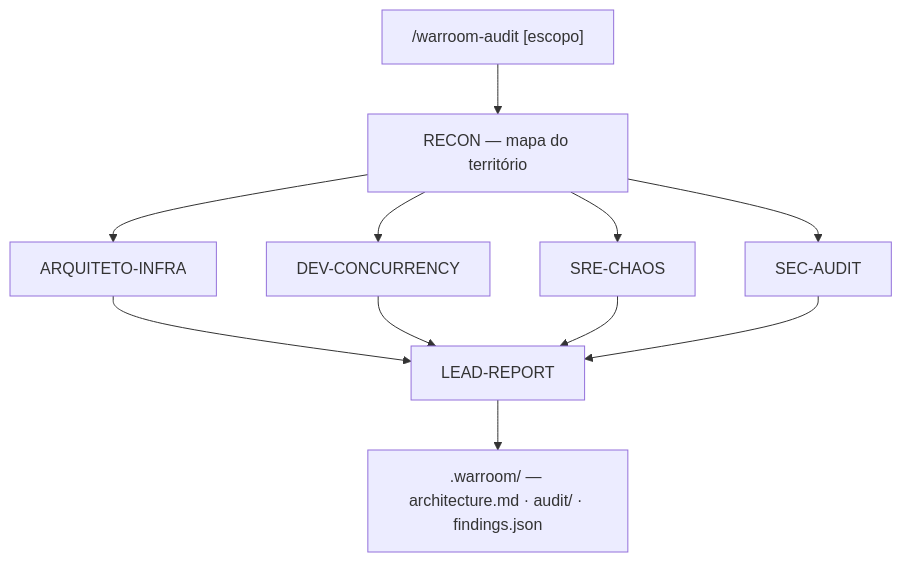
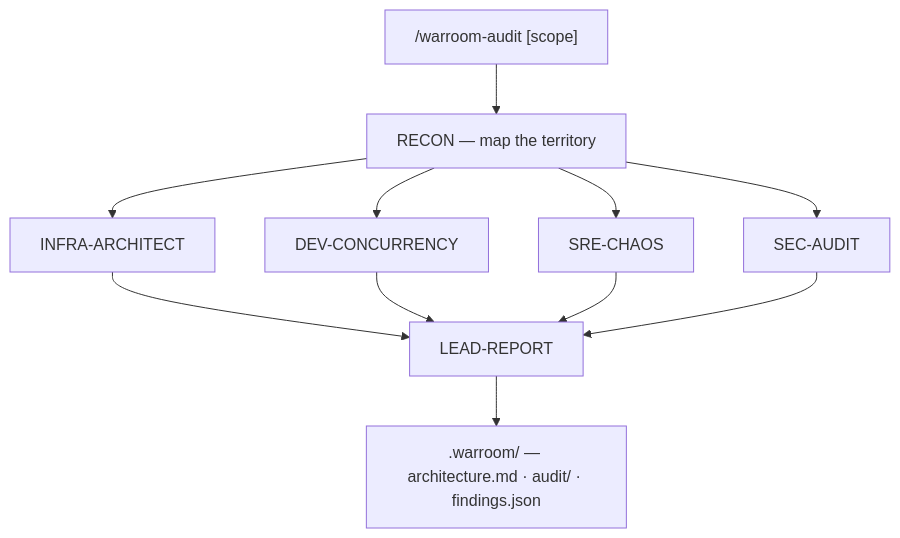
Before and after one commit to RandMelville/claude-war-room: the diagram in docs/ARCHITECTURE.md, drawn with Mermaid. The commit also changed other lines of this file and 16 other files, not shown here.

````diff
--- a/docs/ARCHITECTURE.md
+++ b/docs/ARCHITECTURE.md
@@ -13,13 +13,13 @@
 ```mermaid
 graph TD
-    CMD["/warroom-audit [escopo]"] --> R[RECON — mapa do território]
-    R --> A2[ARQUITETO-INFRA]
+    CMD["/warroom-audit [scope]"] --> R[RECON — map the territory]
+    R --> A2[INFRA-ARCHITECT]
     R --> A3[DEV-CONCURRENCY]
     R --> A4[SRE-CHAOS]
     R --> A5[SEC-AUDIT]
     A2 --> L[LEAD-REPORT]
     A3 --> L
     A4 --> L
     A5 --> L
     L --> OUT[".warroom/ — architecture.md · audit/ · findings.json"]
 ```
````
